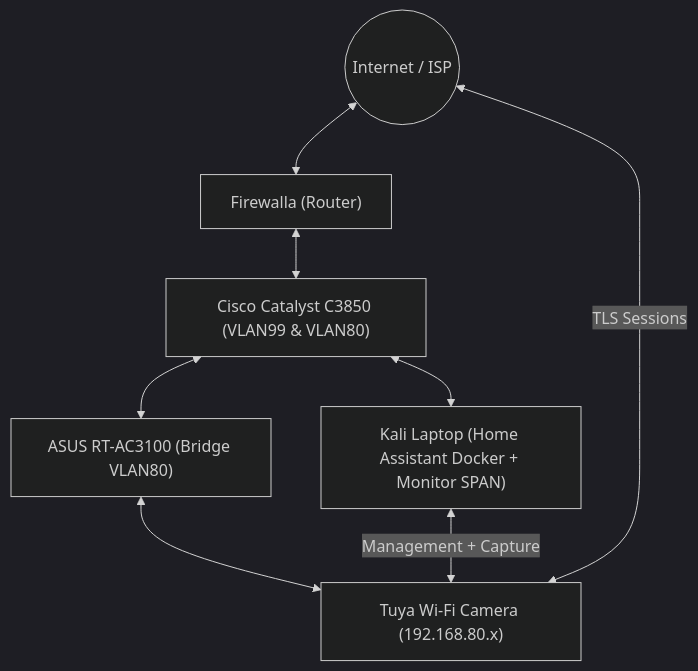
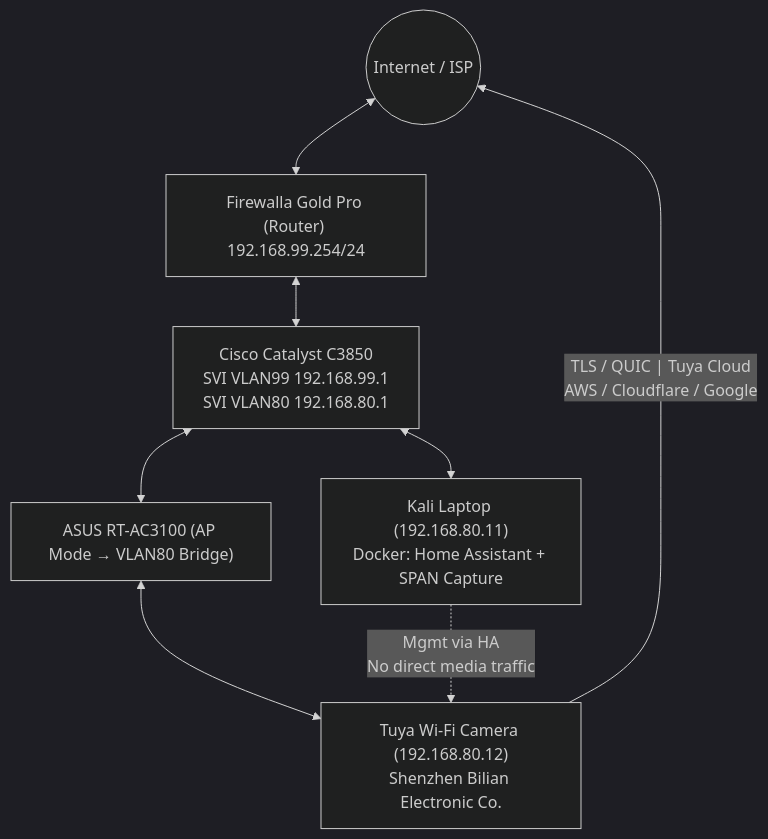
The diagram in Labs/IoT/LabSetup.md (blackTieV2/ZEIT8023-S2-2025-), drawn with Mermaid (dark theme) before and after one commit.

````diff
--- a/Labs/IoT/LabSetup.md
+++ b/Labs/IoT/LabSetup.md
@@ -2,18 +2,18 @@
 ```mermaid
 flowchart TD
     Internet((Internet / ISP))
-    Router["Firewalla (Router)"]
-    Switch["Cisco Catalyst C3850 (VLAN99 & VLAN80)"]
-    AP["ASUS RT-AC3100 (Bridge VLAN80)"]
-    Laptop["Kali Laptop (Home Assistant Docker + Monitor SPAN)"]
-    Cam["Tuya Wi-Fi Camera (192.168.80.x)"]
+    Router["Firewalla Gold Pro (Router) 192.168.99.254/24"]
+    Switch["Cisco Catalyst C3850<br/>SVI VLAN99 192.168.99.1<br/>SVI VLAN80 192.168.80.1"]
+    AP["ASUS RT-AC3100 (AP Mode → VLAN80 Bridge)"]
+    Laptop["Kali Laptop (192.168.80.11)<br/>Docker: Home Assistant + SPAN Capture"]
+    Camera["Tuya Wi-Fi Camera (192.168.80.12)<br/>Shenzhen Bilian Electronic Co."]
 
     Internet <--> Router
     Router <--> Switch
     Switch <--> Laptop
     Switch <--> AP
-    AP <--> Cam
+    AP <--> Camera
 
-    Cam <-->|"TLS Sessions"| Internet
-    Laptop <-->|"Management + Capture"| Cam
+    Camera -->|"TLS / QUIC | Tuya Cloud<br/>AWS / Cloudflare / Google"| Internet
+    Laptop -.->|"Mgmt via HA<br/>No direct media traffic"| Camera
 ```
````
